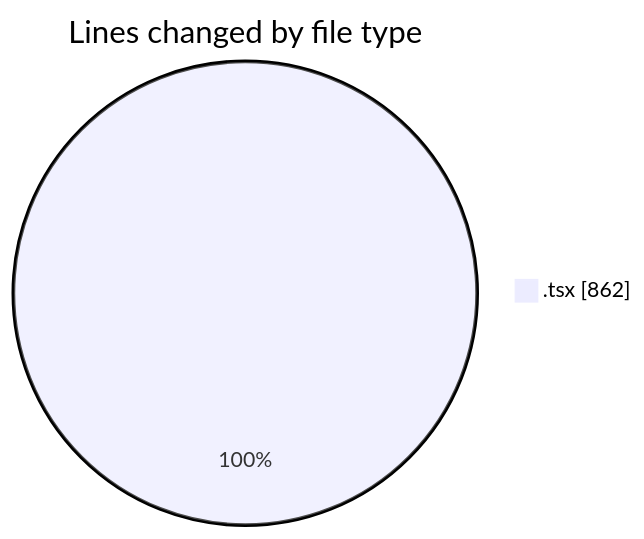
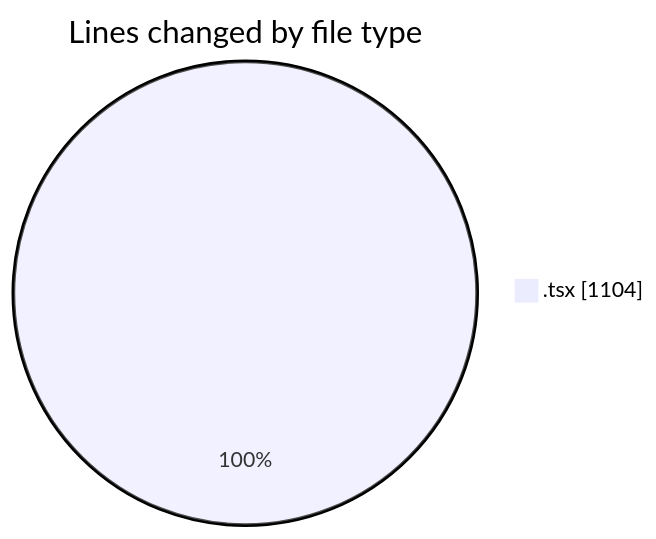
One commit to Ritupan-Deka/code-tracking changed the first of 2 diagrams in 2025-10-20/scopecraft/README.md. Above: the diagram before and after it, drawn with Mermaid. The commit also changed other lines of this file and 1 other file, not shown here.

````diff
--- a/2025-10-20/scopecraft/README.md
+++ b/2025-10-20/scopecraft/README.md
@@ -27,5 +29,5 @@
 ```mermaid
 pie showData
 title Lines changed by file type
-".tsx" : 862
+".tsx" : 1104
 ```
````
